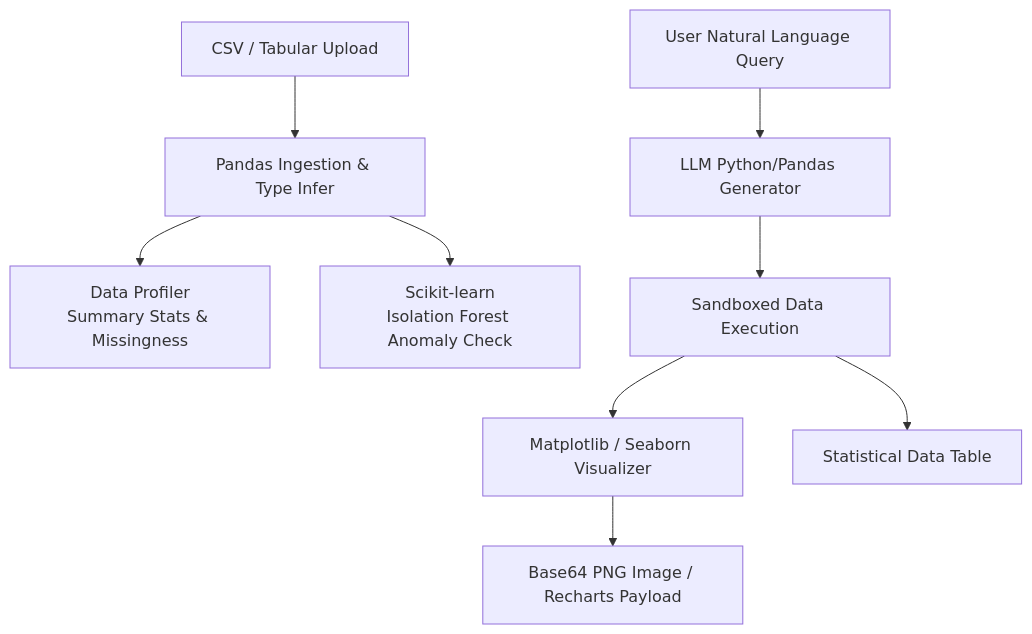
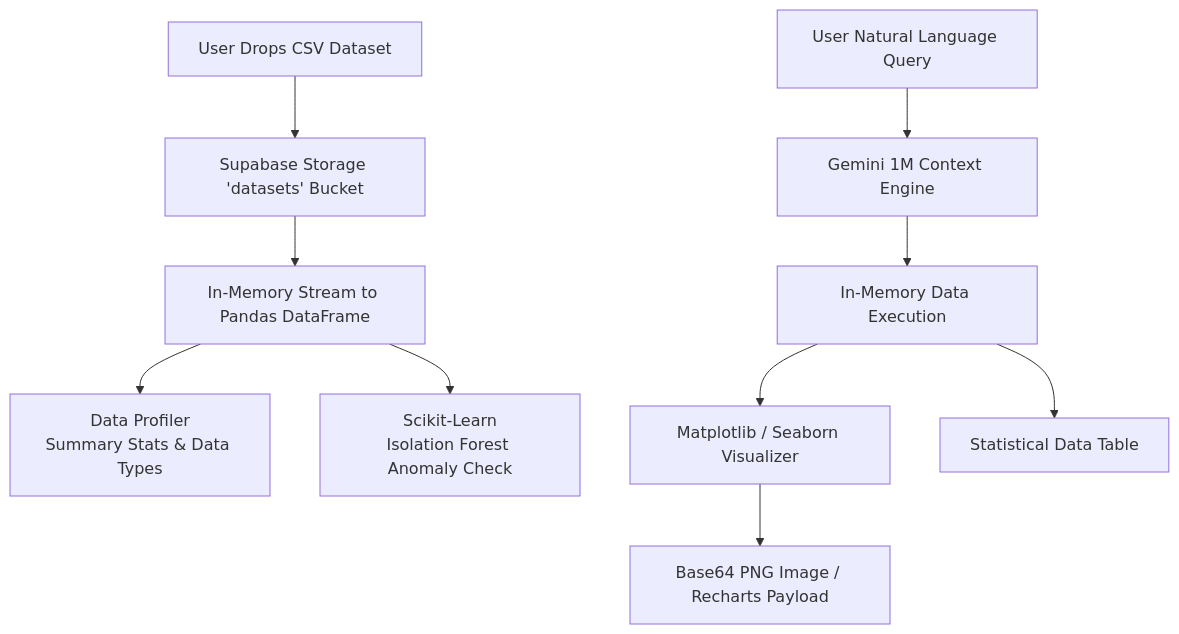
One commit to din-esh-kumar/Vectronyx changed the third of 3 diagrams in docs/AI_MODULES.md. Above: the diagram before and after it, drawn with Mermaid. The commit also changed other lines of this file and 8 other files, not shown here.

Commit message:
docs(architecture): update documentation suite to cloud-native storage, pgvector, and Gemini/Groq dual inference

````diff
--- a/docs/AI_MODULES.md
+++ b/docs/AI_MODULES.md
@@ -95,12 +98,13 @@
 ```mermaid
 flowchart TD
-    CSV[CSV / Tabular Upload] --> Ingestion[Pandas Ingestion & Type Infer]
-    Ingestion --> Profiler[Data Profiler\nSummary Stats & Missingness]
-    Ingestion --> Anomaly[Scikit-learn\nIsolation Forest Anomaly Check]
+    Upload[User Drops CSV Dataset] --> SupaStorage[Supabase Storage 'datasets' Bucket]
+    SupaStorage --> Ingestion[In-Memory Stream to Pandas DataFrame]
+    Ingestion --> Profiler[Data Profiler\nSummary Stats & Data Types]
+    Ingestion --> Anomaly[Scikit-Learn\nIsolation Forest Anomaly Check]
     
-    NLPQuery[User Natural Language Query] --> CodeGen[LLM Python/Pandas Generator]
-    CodeGen --> Exec[Sandboxed Data Execution]
+    NLPQuery[User Natural Language Query] --> CodeGen[Gemini 1M Context Engine]
+    CodeGen --> Exec[In-Memory Data Execution]
     Exec --> Chart[Matplotlib / Seaborn Visualizer]
     Exec --> StatOutput[Statistical Data Table]
     Chart --> Base64[Base64 PNG Image / Recharts Payload]
 ```
````
